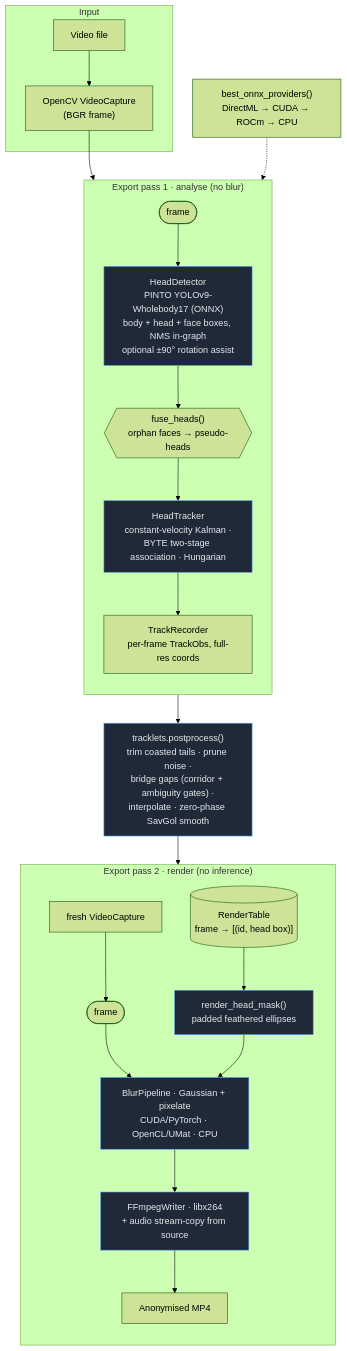
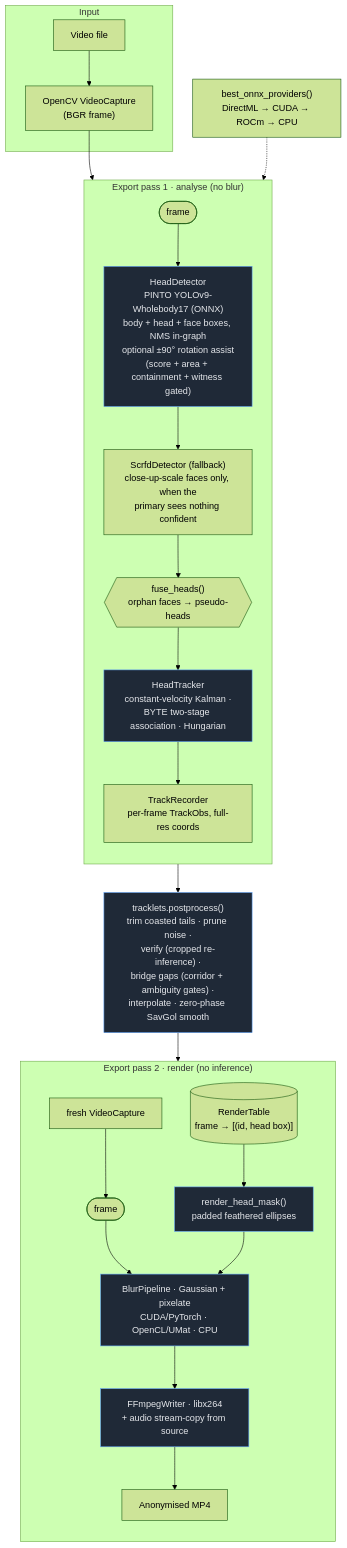
Before and after one commit to kabir0st/automated-video-privacy-pipeline: the diagram in docs/DATAFLOW.md, drawn with Mermaid (forest theme). The commit also changed other lines of this file and 10 other files, not shown here.

First line of the commit message:
Add SCRFD close-up assist for enhanced face detection in extreme close-ups

````diff
--- a/docs/DATAFLOW.md
+++ b/docs/DATAFLOW.md
@@ -15,36 +15,37 @@
 ```mermaid
 flowchart TD
     subgraph Input
         VID[Video file]
         VC["OpenCV VideoCapture<br/>(BGR frame)"]
         VID --> VC
     end
 
     VC --> FRAME([frame])
 
     subgraph P1["Export pass 1 · analyse (no blur)"]
         direction TB
-        FRAME --> DET["HeadDetector<br/>PINTO YOLOv9-Wholebody17 (ONNX)<br/>body + head + face boxes, NMS in-graph<br/>optional ±90° rotation assist"]
-        DET --> FUSE{{"fuse_heads()<br/>orphan faces → pseudo-heads"}}
+        FRAME --> DET["HeadDetector<br/>PINTO YOLOv9-Wholebody17 (ONNX)<br/>body + head + face boxes, NMS in-graph<br/>optional ±90° rotation assist<br/>(score + area + containment + witness gated)"]
+        DET --> SCRFD["ScrfdDetector (fallback)<br/>close-up-scale faces only, when the<br/>primary sees nothing confident"]
+        SCRFD --> FUSE{{"fuse_heads()<br/>orphan faces → pseudo-heads"}}
         FUSE --> TRK["HeadTracker<br/>constant-velocity Kalman ·<br/>BYTE two-stage association · Hungarian"]
         TRK --> REC["TrackRecorder<br/>per-frame TrackObs, full-res coords"]
     end
 
-    REC --> POST["tracklets.postprocess()<br/>trim coasted tails · prune noise ·<br/>bridge gaps (corridor + ambiguity gates) ·<br/>interpolate · zero-phase SavGol smooth"]
+    REC --> POST["tracklets.postprocess()<br/>trim coasted tails · prune noise ·<br/>verify (cropped re-inference) ·<br/>bridge gaps (corridor + ambiguity gates) ·<br/>interpolate · zero-phase SavGol smooth"]
     POST --> TABLE[("RenderTable<br/>frame → [(id, head box)]")]
 
     subgraph P2["Export pass 2 · render (no inference)"]
         direction TB
         VC2["fresh VideoCapture"] --> FRAME2([frame])
         TABLE --> MASK["render_head_mask()<br/>padded feathered ellipses"]
         FRAME2 --> BLUR["BlurPipeline · Gaussian + pixelate<br/>CUDA/PyTorch · OpenCL/UMat · CPU"]
         MASK --> BLUR
         BLUR --> WRITE["FFmpegWriter · libx264<br/>+ audio stream-copy from source"]
         WRITE --> OUT[Anonymised MP4]
     end
 
     PROV["best_onnx_providers()<br/>DirectML → CUDA → ROCm → CPU"] -.-> DET
 
     classDef tech fill:#1f2937,stroke:#60a5fa,color:#e5e7eb;
     class DET,TRK,POST,MASK,BLUR,WRITE tech;
 ```
````
